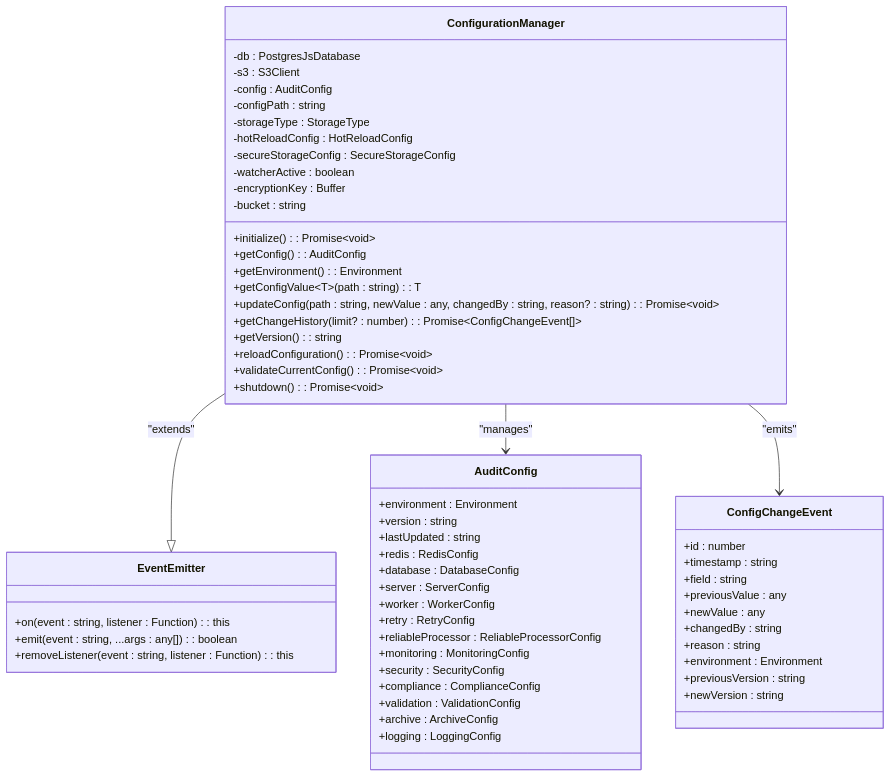
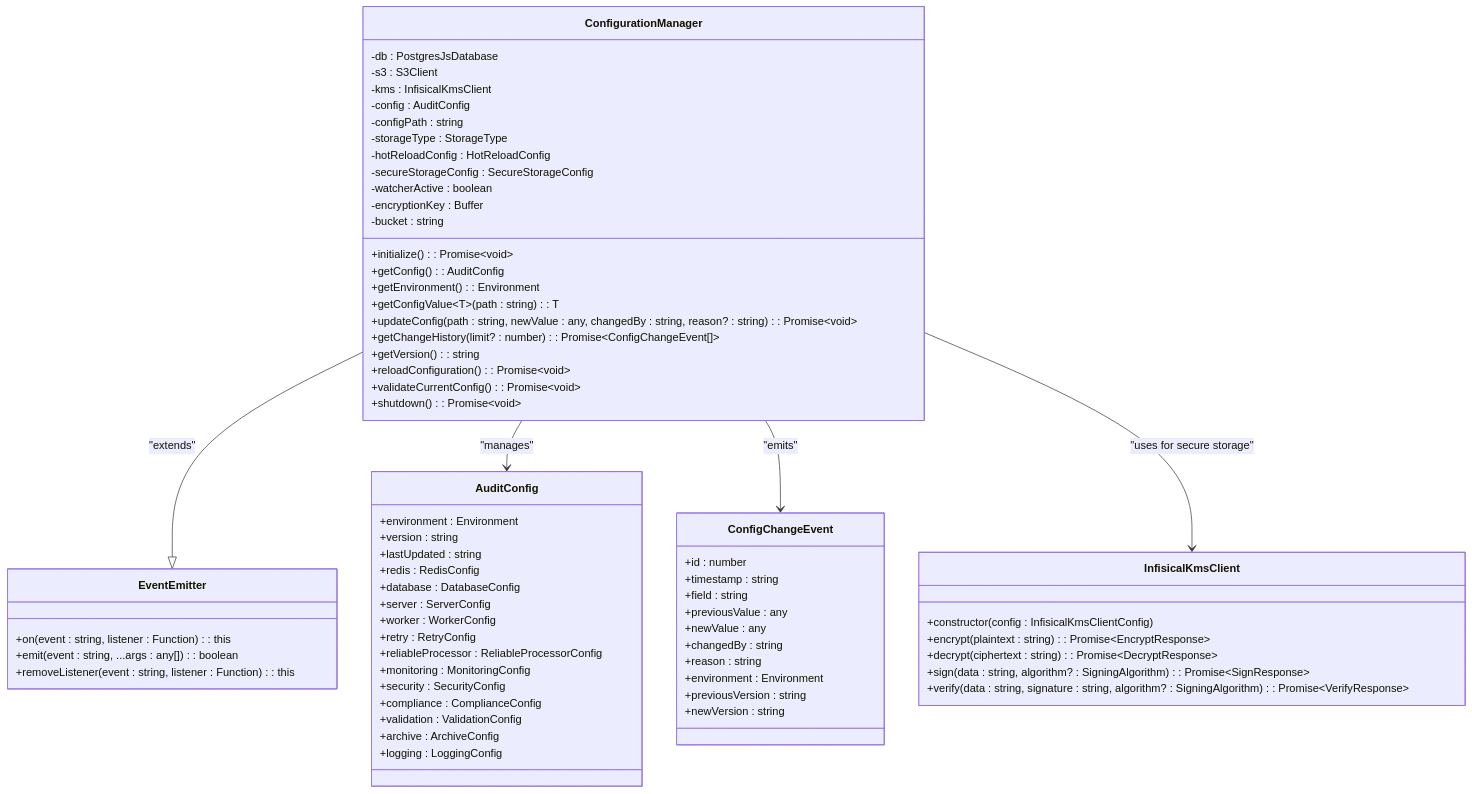
The first of 8 diagrams in .qoder/repowiki/en/content/Audit Core System/Configuration Management/Config Manager Implementation.md (smedrec/smart-logs), drawn with Mermaid before and after one commit. The commit also changed other lines of this file and 21 other files, not shown here.

````diff
--- a/.qoder/repowiki/en/content/Audit Core System/Configuration Management/Config Manager Implementation.md
+++ b/.qoder/repowiki/en/content/Audit Core System/Configuration Management/Config Manager Implementation.md
@@ -38,62 +43,71 @@
 ```mermaid
 classDiagram
 class ConfigurationManager {
 -db : PostgresJsDatabase
 -s3 : S3Client
+-kms : InfisicalKmsClient
 -config : AuditConfig
 -configPath : string
 -storageType : StorageType
 -hotReloadConfig : HotReloadConfig
 -secureStorageConfig : SecureStorageConfig
 -watcherActive : boolean
 -encryptionKey : Buffer
 -bucket : string
 +initialize() : Promise~void~
 +getConfig() : AuditConfig
 +getEnvironment() : Environment
 +getConfigValue~T~(path : string) : T
 +updateConfig(path : string, newValue : any, changedBy : string, reason? : string) : Promise~void~
 +getChangeHistory(limit? : number) : Promise~ConfigChangeEvent[]~
 +getVersion() : string
 +reloadConfiguration() : Promise~void~
 +validateCurrentConfig() : Promise~void~
 +shutdown() : Promise~void~
 }
 class EventEmitter {
 +on(event : string, listener : Function) : this
 +emit(event : string, ...args : any[]) : boolean
 +removeListener(event : string, listener : Function) : this
 }
 ConfigurationManager --|> EventEmitter : "extends"
 class AuditConfig {
 +environment : Environment
 +version : string
 +lastUpdated : string
 +redis : RedisConfig
 +database : DatabaseConfig
 +server : ServerConfig
 +worker : WorkerConfig
 +retry : RetryConfig
 +reliableProcessor : ReliableProcessorConfig
 +monitoring : MonitoringConfig
 +security : SecurityConfig
 +compliance : ComplianceConfig
 +validation : ValidationConfig
 +archive : ArchiveConfig
 +logging : LoggingConfig
 }
 ConfigurationManager --> AuditConfig : "manages"
 class ConfigChangeEvent {
 +id : number
 +timestamp : string
 +field : string
 +previousValue : any
 +newValue : any
 +changedBy : string
 +reason : string
 +environment : Environment
 +previousVersion : string
 +newVersion : string
 }
 ConfigurationManager --> ConfigChangeEvent : "emits"
+class InfisicalKmsClient {
++constructor(config : InfisicalKmsClientConfig)
++encrypt(plaintext : string) : Promise~EncryptResponse~
++decrypt(ciphertext : string) : Promise~DecryptResponse~
++sign(data : string, algorithm? : SigningAlgorithm) : Promise~SignResponse~
++verify(data : string, signature : string, algorithm? : SigningAlgorithm) : Promise~VerifyResponse~
+}
+ConfigurationManager --> InfisicalKmsClient : "uses for secure storage"
 ```
````
